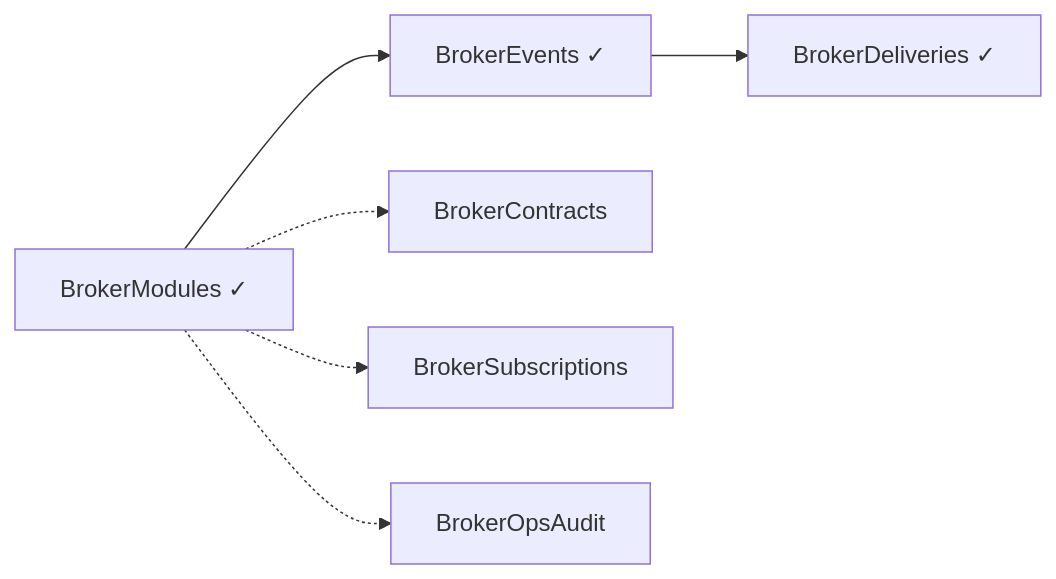
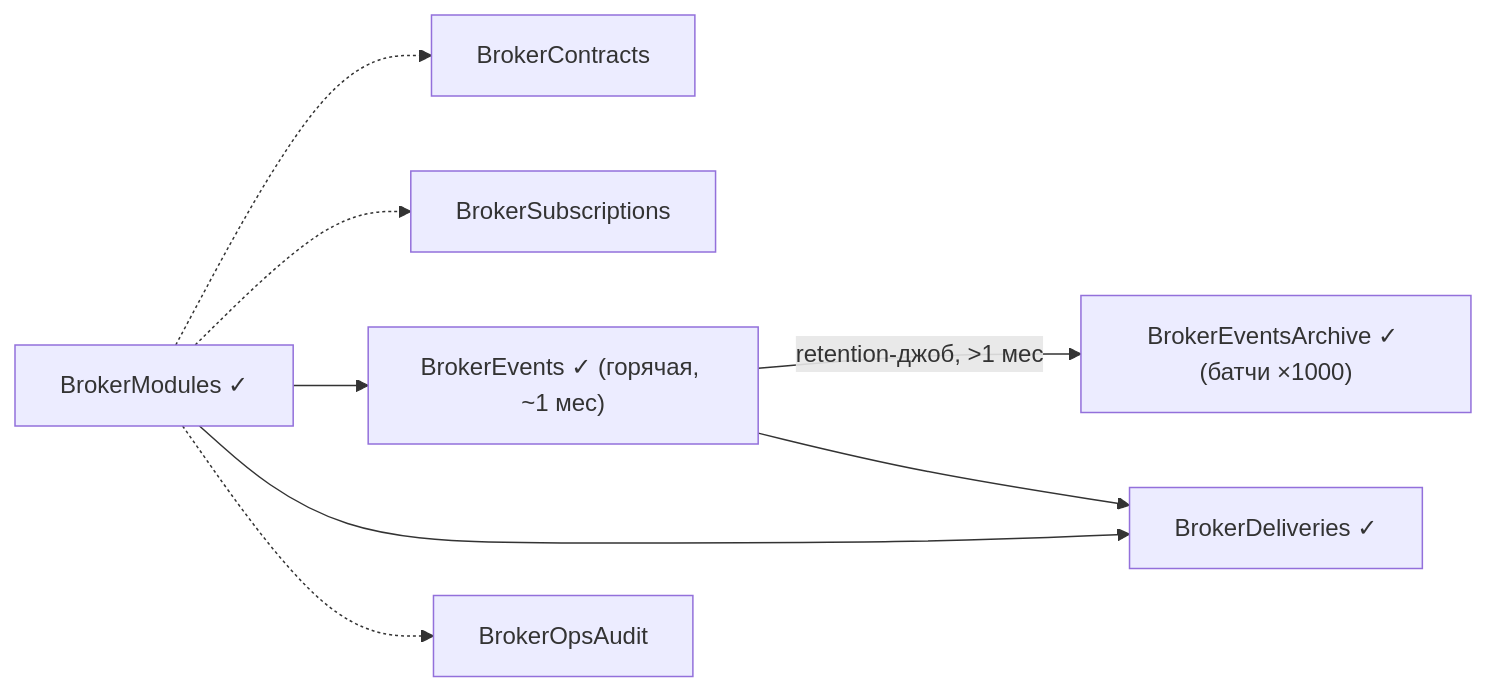
One commit to andrey-khudoley/Chatium changed the third of 7 diagrams in s.chtm.khudoley.pro/p/units/aley/bpm/core/docs/spec/spec-map.md. Above: the diagram before and after it, drawn with Mermaid. The commit also changed other lines of this file and 1 other file, not shown here.

First line of the commit message:
docs(bpm-core): уточнена спецификация и решены архитектурные вопросы retention

````diff
--- a/s.chtm.khudoley.pro/p/units/aley/bpm/core/docs/spec/spec-map.md
+++ b/s.chtm.khudoley.pro/p/units/aley/bpm/core/docs/spec/spec-map.md
@@ -98,14 +104,17 @@
 ```mermaid
 flowchart LR
   M["BrokerModules ✓"]
-  Ev["BrokerEvents ✓"]
+  Ev["BrokerEvents ✓ (горячая, ~1 мес)"]
+  Ar["BrokerEventsArchive ✓ (батчи ×1000)"]
   De["BrokerDeliveries ✓"]
   Co["BrokerContracts"]
   Su["BrokerSubscriptions"]
   Au["BrokerOpsAudit"]
   M -.-> Co
   M -.-> Su
   M --> Ev
+  Ev -->|"retention-джоб, >1 мес"| Ar
+  M --> De
   Ev --> De
   M -.-> Au
 ```
````
